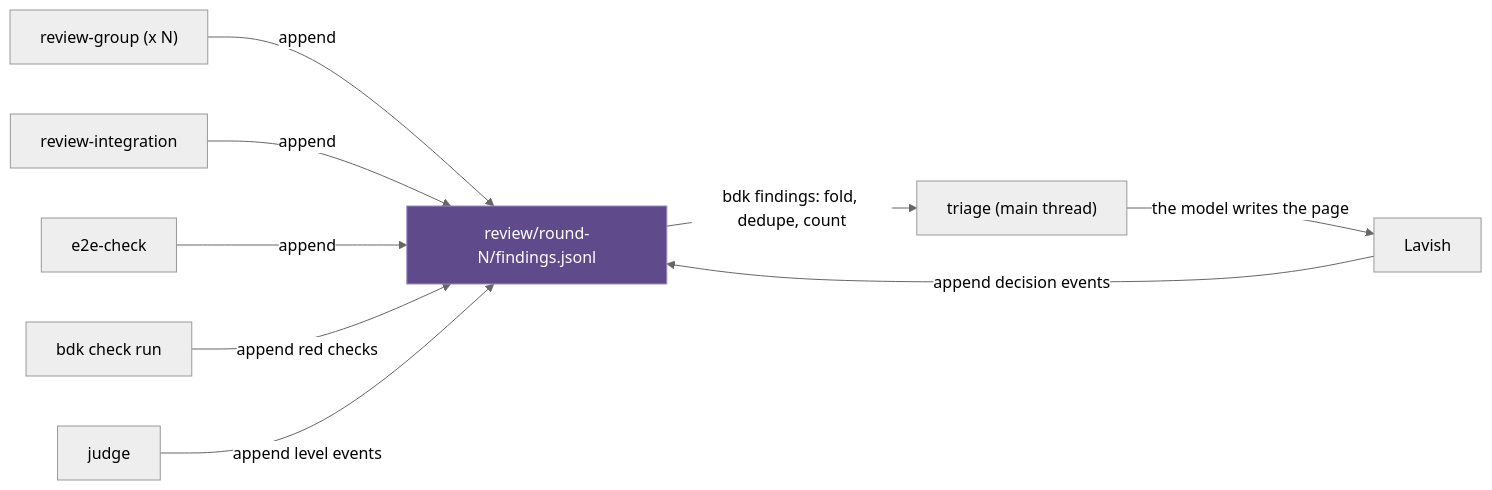
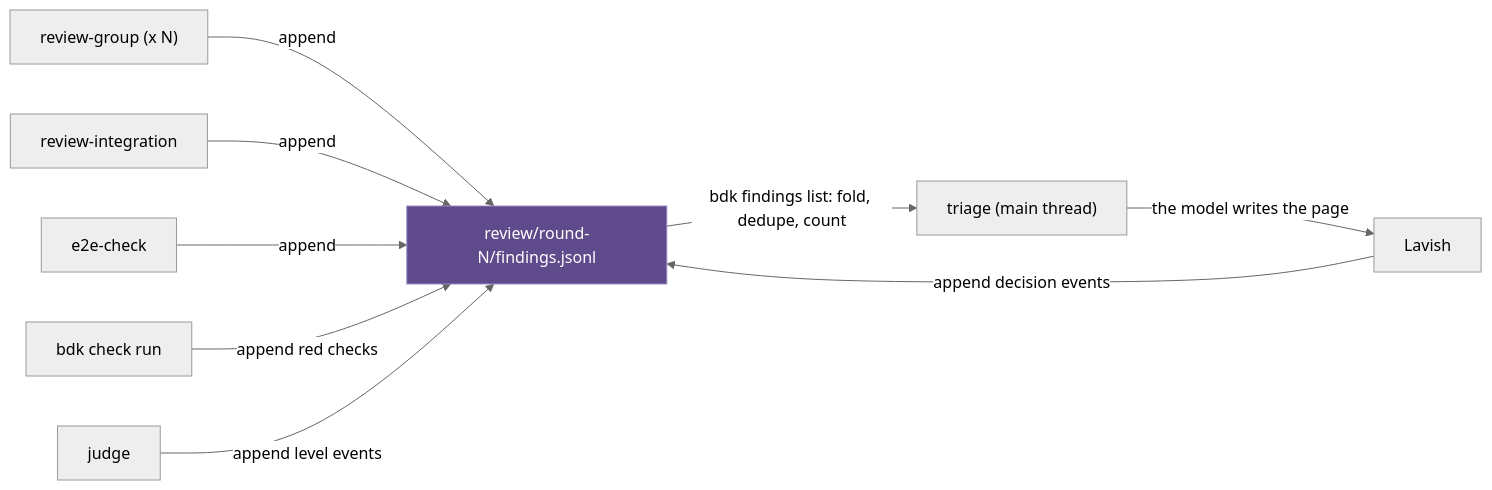
One commit to broneq/bdk changed diagram 12 of 12 in docs/design/2026-10-07-v3-architecture.md. Above: the diagram before and after it, drawn with Mermaid (neutral theme). The commit also changed other lines of this file and 42 other files, not shown here.

First line of the commit message:
feat(bdk): add the findings event log of a review round

````diff
--- a/docs/design/2026-10-07-v3-architecture.md
+++ b/docs/design/2026-10-07-v3-architecture.md
@@ -480,13 +480,13 @@
 ```mermaid
 flowchart LR
   RG["review-group (x N)"] -->|"append"| F["review/round-N/findings.jsonl"]
   RI["review-integration"] -->|"append"| F
   E2["e2e-check"] -->|"append"| F
   CK["bdk check run"] -->|"append red checks"| F
   J["judge"] -->|"append level events"| F
-  F -->|"bdk findings: fold, dedupe, count"| T["triage (main thread)"]
+  F -->|"bdk findings list: fold, dedupe, count"| T["triage (main thread)"]
   T -->|"the model writes the page"| LV["Lavish"]
   LV -->|"append decision events"| F
   classDef store fill:#5f4b8b,stroke:#9b8bc4,color:#ffffff
   class F store
 ```
````
